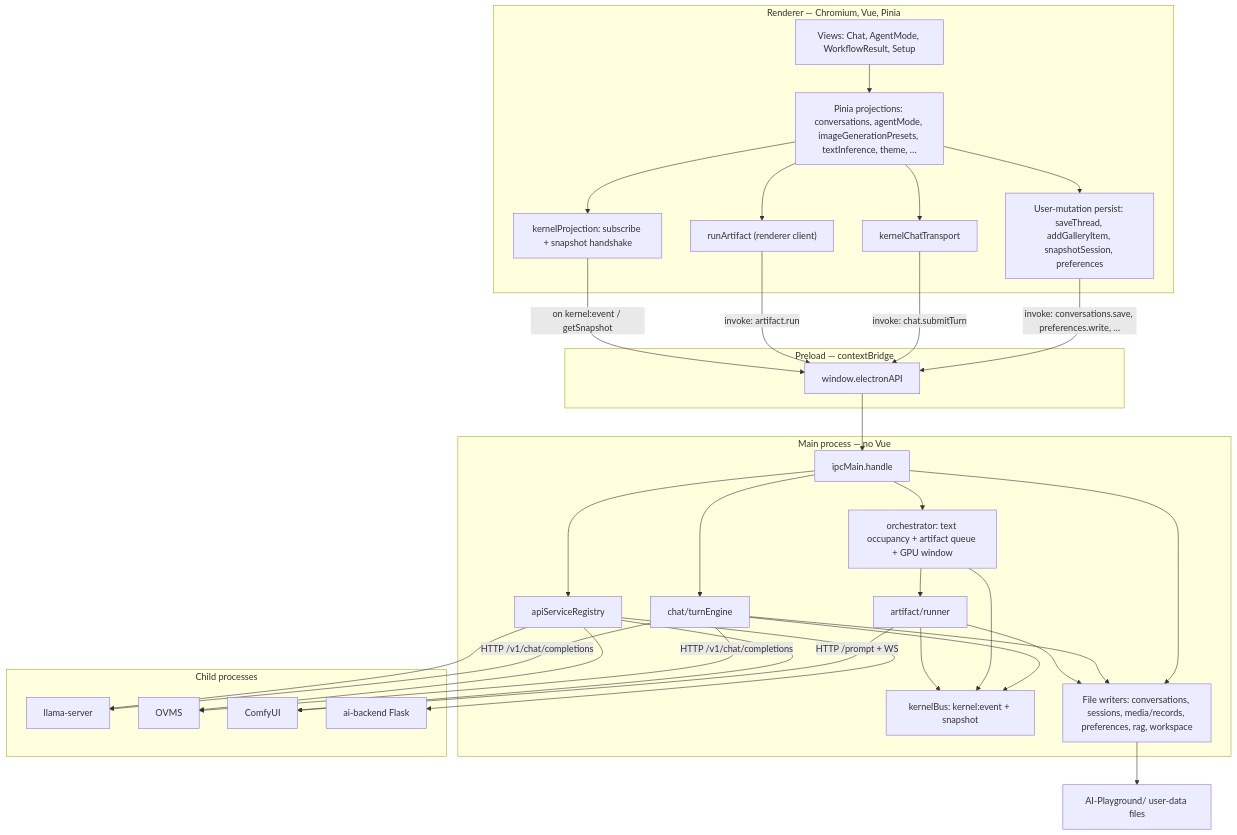
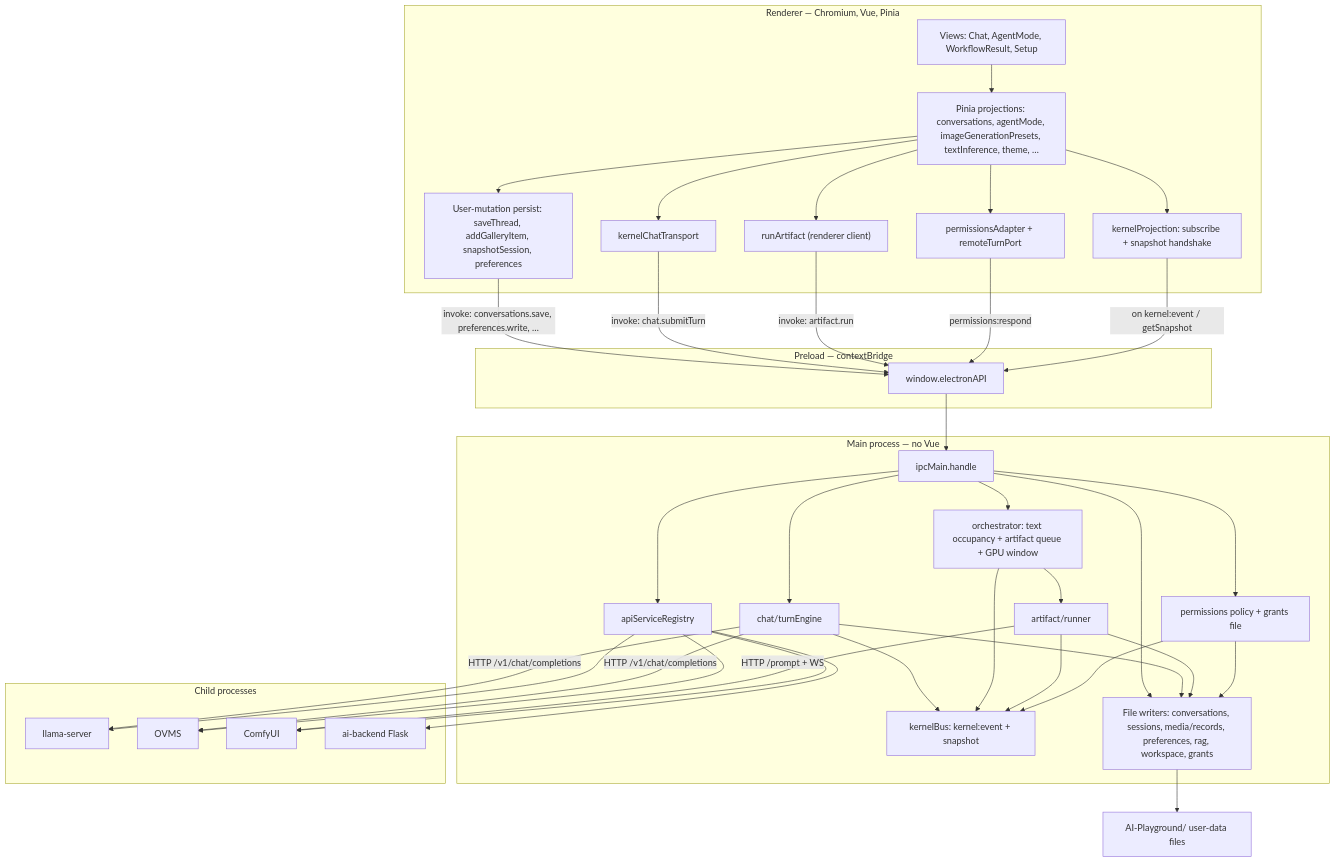
One commit to TNG/AI-Playground changed the first of 7 diagrams in docs/architecture-as-landed.md. Above: the diagram before and after it, drawn with Mermaid. The commit also changed other lines of this file and 13 other files, not shown here.

````diff
--- a/docs/architecture-as-landed.md
+++ b/docs/architecture-as-landed.md
@@ -25,61 +28,68 @@
 ```mermaid
 flowchart TB
   subgraph renderer["Renderer — Chromium, Vue, Pinia"]
     views["Views: Chat, AgentMode, WorkflowResult, Setup"]
     pinia["Pinia projections: conversations, agentMode, imageGenerationPresets, textInference, theme, …"]
+    permAdapter["permissionsAdapter + remoteTurnPort"]
     persistH["User-mutation persist: saveThread, addGalleryItem, snapshotSession, preferences"]
     transport["kernelChatTransport"]
     runArt["runArtifact (renderer client)"]
     bridge["kernelProjection: subscribe + snapshot handshake"]
     views --> pinia
     pinia --> persistH
     pinia --> transport
     pinia --> runArt
     pinia --> bridge
+    pinia --> permAdapter
   end
 
   subgraph preload["Preload — contextBridge"]
     api["window.electronAPI"]
   end
 
   subgraph kernel["Main process — no Vue"]
     ipc["ipcMain.handle"]
     bus["kernelBus: kernel:event + snapshot"]
     chat["chat/turnEngine"]
     orch["orchestrator: text occupancy + artifact queue + GPU window"]
     art["artifact/runner"]
-    files["File writers: conversations, sessions, media/records, preferences, rag, workspace"]
+    perm["permissions policy + grants file"]
+    files["File writers: conversations, sessions, media/records, preferences, rag, workspace, grants"]
     registry["apiServiceRegistry"]
     ipc --> chat
     ipc --> orch
     ipc --> files
     ipc --> registry
+    ipc --> perm
     chat --> bus
     chat --> files
     orch --> art
     orch --> bus
     art --> bus
     art --> files
+    perm --> bus
+    perm --> files
   end
 
   subgraph backends["Child processes"]
     llama["llama-server"]
     ovms["OVMS"]
     comfy["ComfyUI"]
     flask["ai-backend Flask"]
   end
 
   persistH -->|"invoke: conversations.save, preferences.write, …"| api
   transport -->|"invoke: chat.submitTurn"| api
   runArt -->|"invoke: artifact.run"| api
+  permAdapter -->|"permissions:respond"| api
   bridge -->|"on kernel:event / getSnapshot"| api
   api --> ipc
   chat -->|"HTTP /v1/chat/completions"| llama
   chat -->|"HTTP /v1/chat/completions"| ovms
   art -->|"HTTP /prompt + WS"| comfy
   registry --> llama
   registry --> ovms
   registry --> comfy
   registry --> flask
   files --> disk["AI-Playground/ user-data files"]
 ```
````
